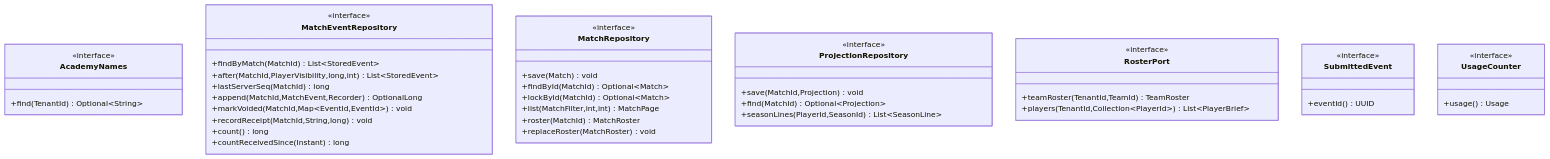
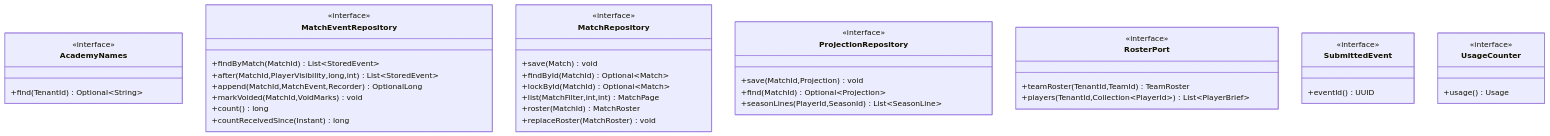
Before and after one commit to davidbejar/hoops-academy: the seventh of 9 diagrams in docs/domain/game-model.md, drawn with Mermaid. The commit also changed other lines of this file and 5 other files, not shown here.

First line of the commit message:
perf(game): drop sync_receipt and match_event's server_seq unique key (GAME-02, GAME-13)

````diff
--- a/docs/domain/game-model.md
+++ b/docs/domain/game-model.md
@@ -522,46 +514,44 @@
 ```mermaid
 classDiagram
     class AcademyNames {
         <<interface>>
         +find(TenantId) Optional~String~
     }
     class MatchEventRepository {
         <<interface>>
         +findByMatch(MatchId) List~StoredEvent~
         +after(MatchId,PlayerVisibility,long,int) List~StoredEvent~
-        +lastServerSeq(MatchId) long
         +append(MatchId,MatchEvent,Recorder) OptionalLong
-        +markVoided(MatchId,Map~EventId,EventId~) void
-        +recordReceipt(MatchId,String,long) void
+        +markVoided(MatchId,VoidMarks) void
         +count() long
         +countReceivedSince(Instant) long
     }
     class MatchRepository {
         <<interface>>
         +save(Match) void
         +findById(MatchId) Optional~Match~
         +lockById(MatchId) Optional~Match~
         +list(MatchFilter,int,int) MatchPage
         +roster(MatchId) MatchRoster
         +replaceRoster(MatchRoster) void
     }
     class ProjectionRepository {
         <<interface>>
         +save(MatchId,Projection) void
         +find(MatchId) Optional~Projection~
         +seasonLines(PlayerId,SeasonId) List~SeasonLine~
     }
     class RosterPort {
         <<interface>>
         +teamRoster(TenantId,TeamId) TeamRoster
         +players(TenantId,Collection~PlayerId~) List~PlayerBrief~
     }
     class SubmittedEvent {
         <<interface>>
         +eventId() UUID
     }
     class UsageCounter {
         <<interface>>
         +usage() Usage
     }
 ```
````
